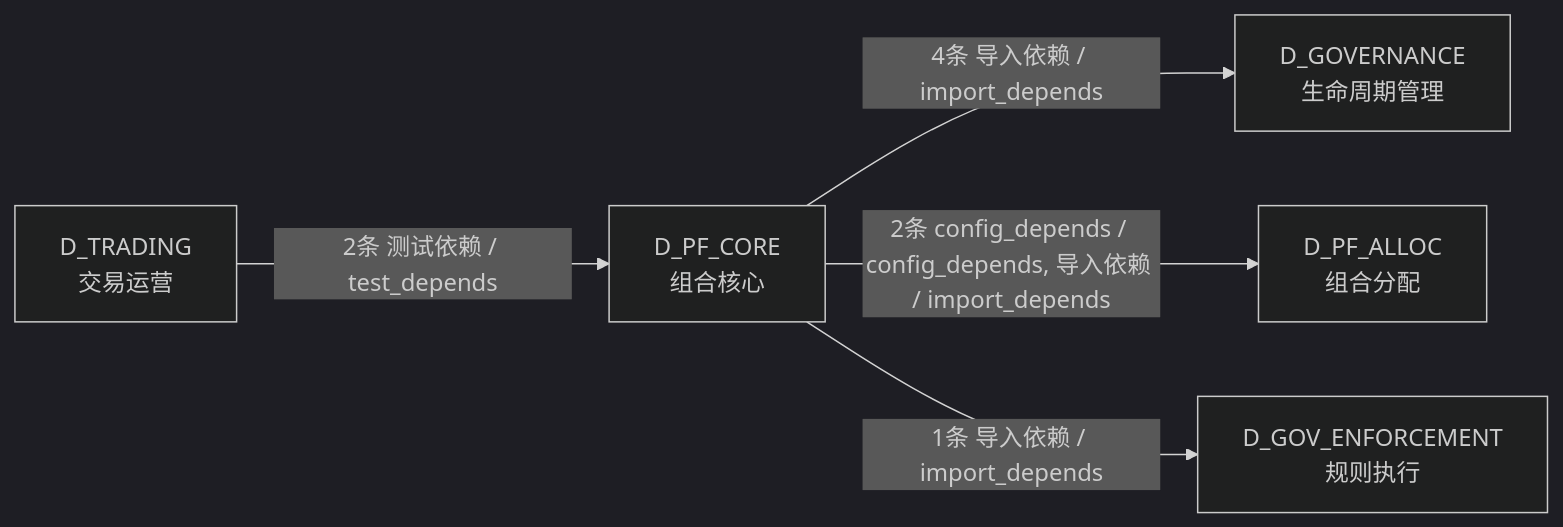
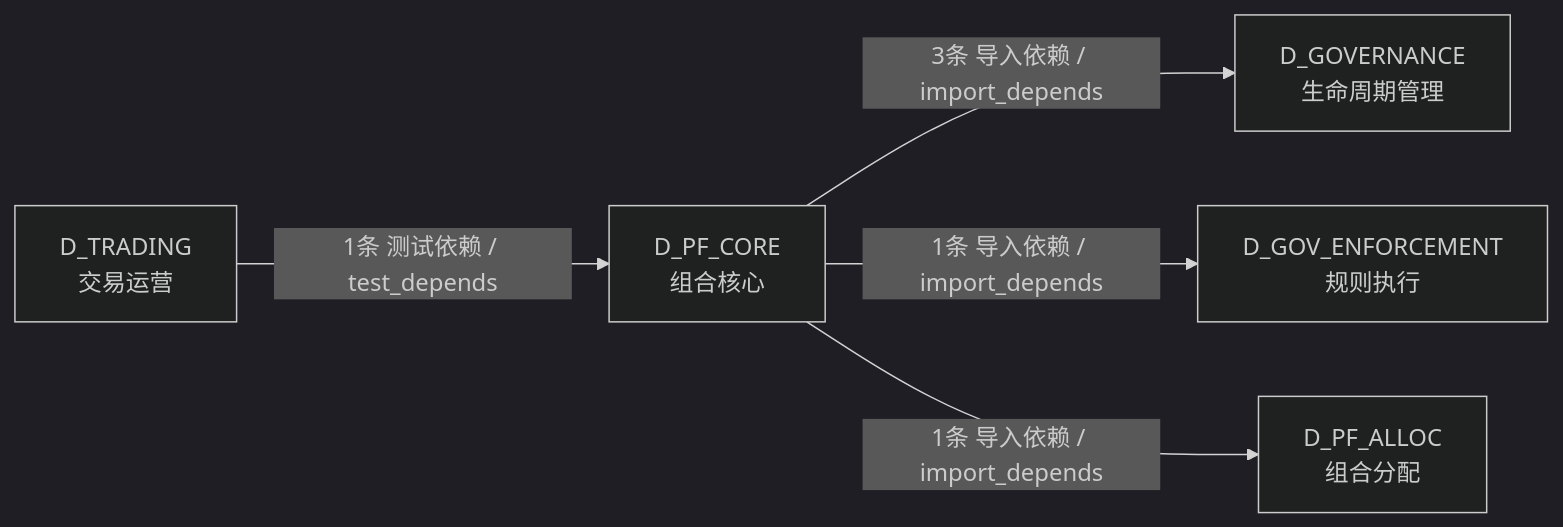
One commit to xuanFelixVan/ZephyrAlpha changed the fourth of 4 diagrams in docs/02_enterprise_architecture/02_domain_architecture_docs/52_d_pf_core.md. Above: the diagram before and after it, drawn with Mermaid (dark theme). The commit also changed other lines of this file and 126 other files, not shown here.

````diff
--- a/docs/02_enterprise_architecture/02_domain_architecture_docs/52_d_pf_core.md
+++ b/docs/02_enterprise_architecture/02_domain_architecture_docs/52_d_pf_core.md
@@ -207,12 +196,12 @@
 ```mermaid
 graph LR
     D_PF_CORE["D_PF_CORE<br/>组合核心"]
     D_GOVERNANCE["D_GOVERNANCE<br/>生命周期管理"]
+    D_GOV_ENFORCEMENT["D_GOV_ENFORCEMENT<br/>规则执行"]
     D_PF_ALLOC["D_PF_ALLOC<br/>组合分配"]
-    D_GOV_ENFORCEMENT["D_GOV_ENFORCEMENT<br/>规则执行"]
     D_TRADING["D_TRADING<br/>交易运营"]
-    D_PF_CORE -->|4条 导入依赖 / import_depends| D_GOVERNANCE
-    D_PF_CORE -->|2条 config_depends / config_depends, 导入依赖 / import_depends| D_PF_ALLOC
+    D_PF_CORE -->|3条 导入依赖 / import_depends| D_GOVERNANCE
     D_PF_CORE -->|1条 导入依赖 / import_depends| D_GOV_ENFORCEMENT
-    D_TRADING -->|2条 测试依赖 / test_depends| D_PF_CORE
+    D_PF_CORE -->|1条 导入依赖 / import_depends| D_PF_ALLOC
+    D_TRADING -->|1条 测试依赖 / test_depends| D_PF_CORE
 ```
````
